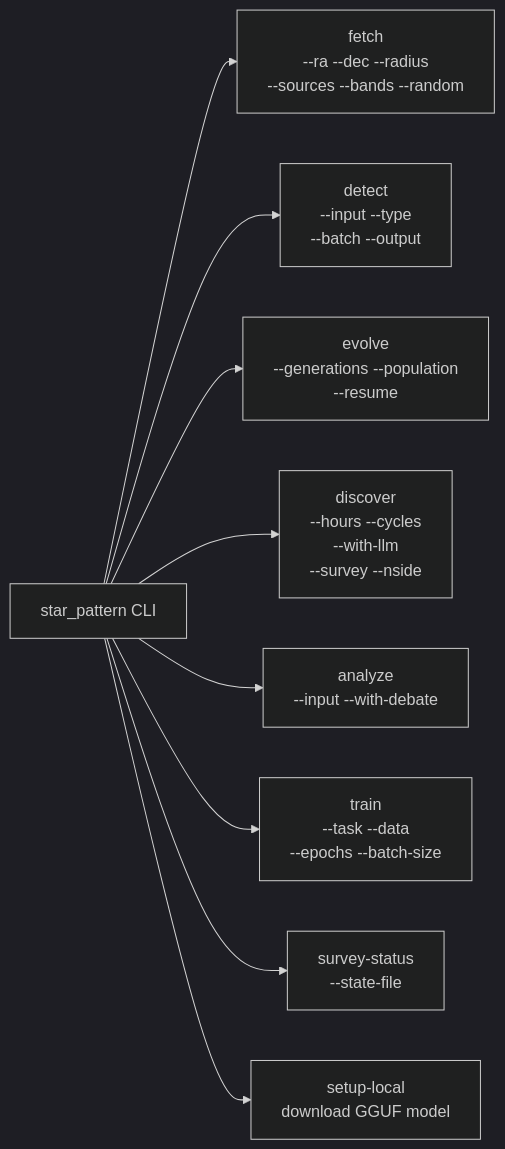
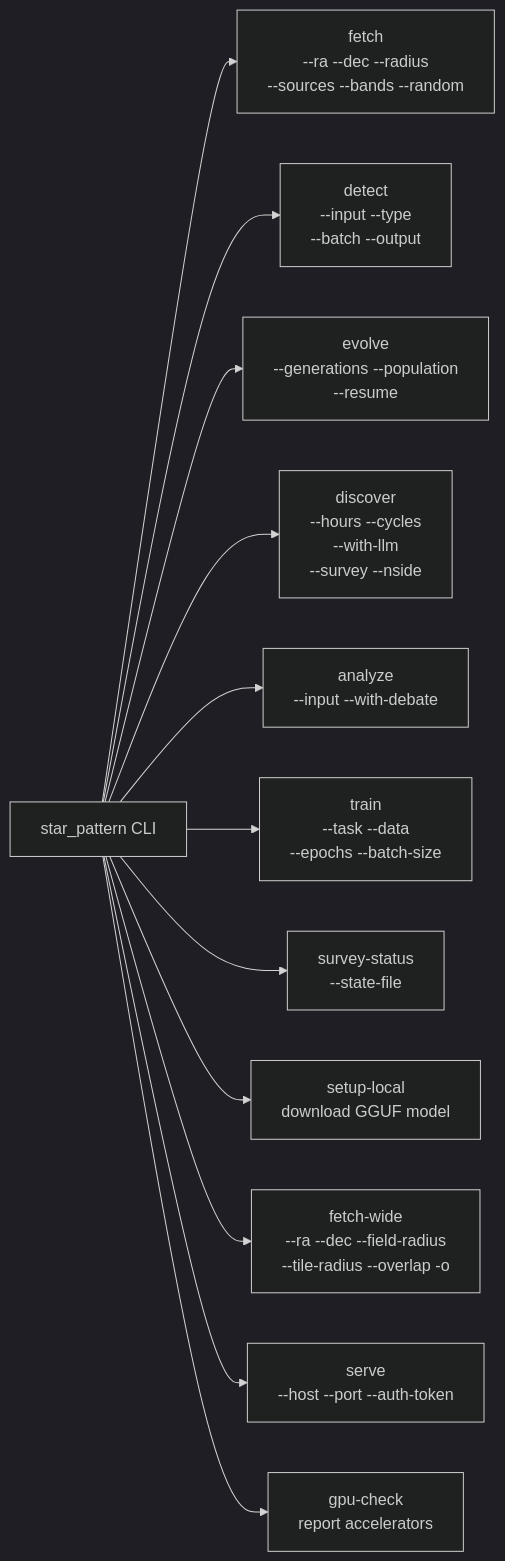
Before and after one commit to rondilley/StarPattern_AI: diagram 15 of 15 in docs/ARCHITECTURE.md, drawn with Mermaid (dark theme). The commit also changed other lines of this file and 151 other files, not shown here.

````diff
--- a/docs/ARCHITECTURE.md
+++ b/docs/ARCHITECTURE.md
@@ -1353,11 +1367,14 @@
 ```mermaid
 flowchart LR
     CLI[star_pattern CLI] --> FETCH[fetch\n--ra --dec --radius\n--sources --bands --random]
     CLI --> DETECT[detect\n--input --type\n--batch --output]
     CLI --> EVOLVE[evolve\n--generations --population\n--resume]
     CLI --> DISCOVER[discover\n--hours --cycles\n--with-llm\n--survey --nside]
     CLI --> ANALYZE[analyze\n--input --with-debate]
     CLI --> TRAIN[train\n--task --data\n--epochs --batch-size]
     CLI --> SURVEY[survey-status\n--state-file]
     CLI --> SETUP[setup-local\ndownload GGUF model]
+    CLI --> WIDE[fetch-wide\n--ra --dec --field-radius\n--tile-radius --overlap -o]
+    CLI --> SERVE[serve\n--host --port --auth-token]
+    CLI --> GPU[gpu-check\nreport accelerators]
 ```
````
